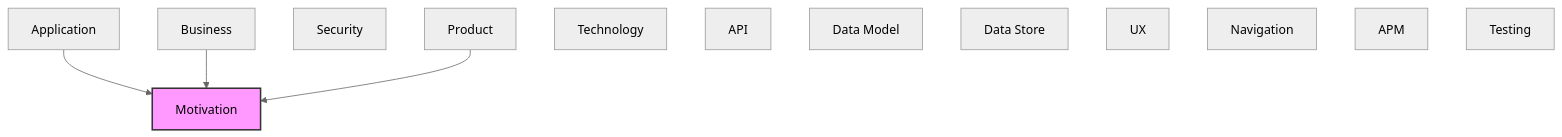
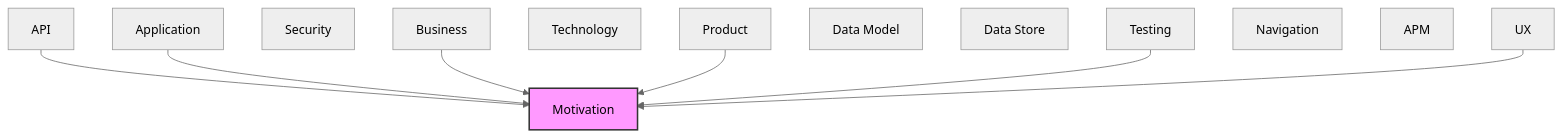
One commit to tinkermonkey/heimdall changed the diagram in documentation-robotics/reports/01-motivation-layer-report.md. Above: the diagram before and after it, drawn with Mermaid (neutral theme). The commit also changed other lines of this file and 50 other files, not shown here.

````diff
--- a/documentation-robotics/reports/01-motivation-layer-report.md
+++ b/documentation-robotics/reports/01-motivation-layer-report.md
@@ -55,21 +70,24 @@
 ```mermaid
 flowchart TB
   classDef current fill:#f9f,stroke:#333,stroke-width:2px
   motivation["Motivation"]
   business["Business"]
   product["Product"]
   security["Security"]
   application["Application"]
   technology["Technology"]
   api["API"]
   data_model["Data Model"]
   data_store["Data Store"]
   ux["UX"]
   navigation["Navigation"]
   apm["APM"]
   testing["Testing"]
+  api --> motivation
   application --> motivation
   business --> motivation
   product --> motivation
+  testing --> motivation
+  ux --> motivation
   class motivation current
 ```
````
